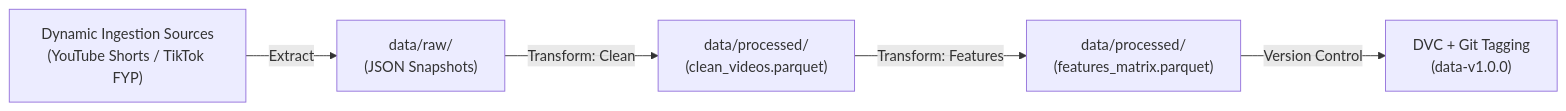
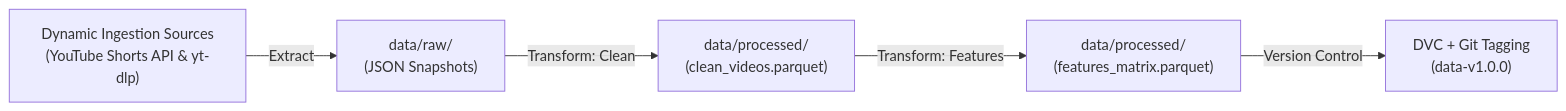
One commit to galihpraditya/MLOps-ViralSense changed the first of 2 diagrams in README.md. Above: the diagram before and after it, drawn with Mermaid. The commit also changed other lines of this file and 23 other files, not shown here.

Commit message:
refactor(pipeline): focus ingestion and data pipeline solely on YouTube Shorts

````diff
--- a/README.md
+++ b/README.md
@@ -27,7 +27,7 @@
 ```mermaid
 flowchart LR
-    A["Dynamic Ingestion Sources<br/>(YouTube Shorts / TikTok FYP)"] -->|Extract| B["data/raw/<br/>(JSON Snapshots)"]
+    A["Dynamic Ingestion Sources<br/>(YouTube Shorts API & yt-dlp)"] -->|Extract| B["data/raw/<br/>(JSON Snapshots)"]
     B -->|Transform: Clean| C["data/processed/<br/>(clean_videos.parquet)"]
     C -->|Transform: Features| D["data/processed/<br/>(features_matrix.parquet)"]
     D -->|Version Control| E["DVC + Git Tagging<br/>(data-v1.0.0)"]
 ```
````
